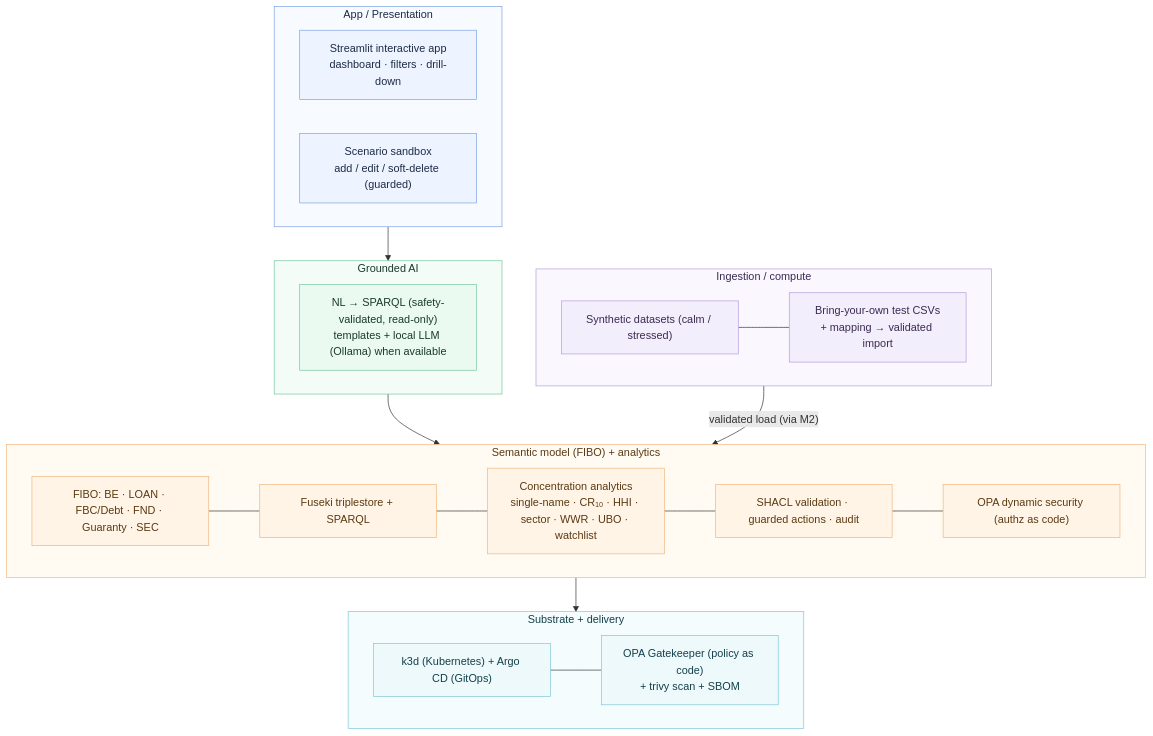
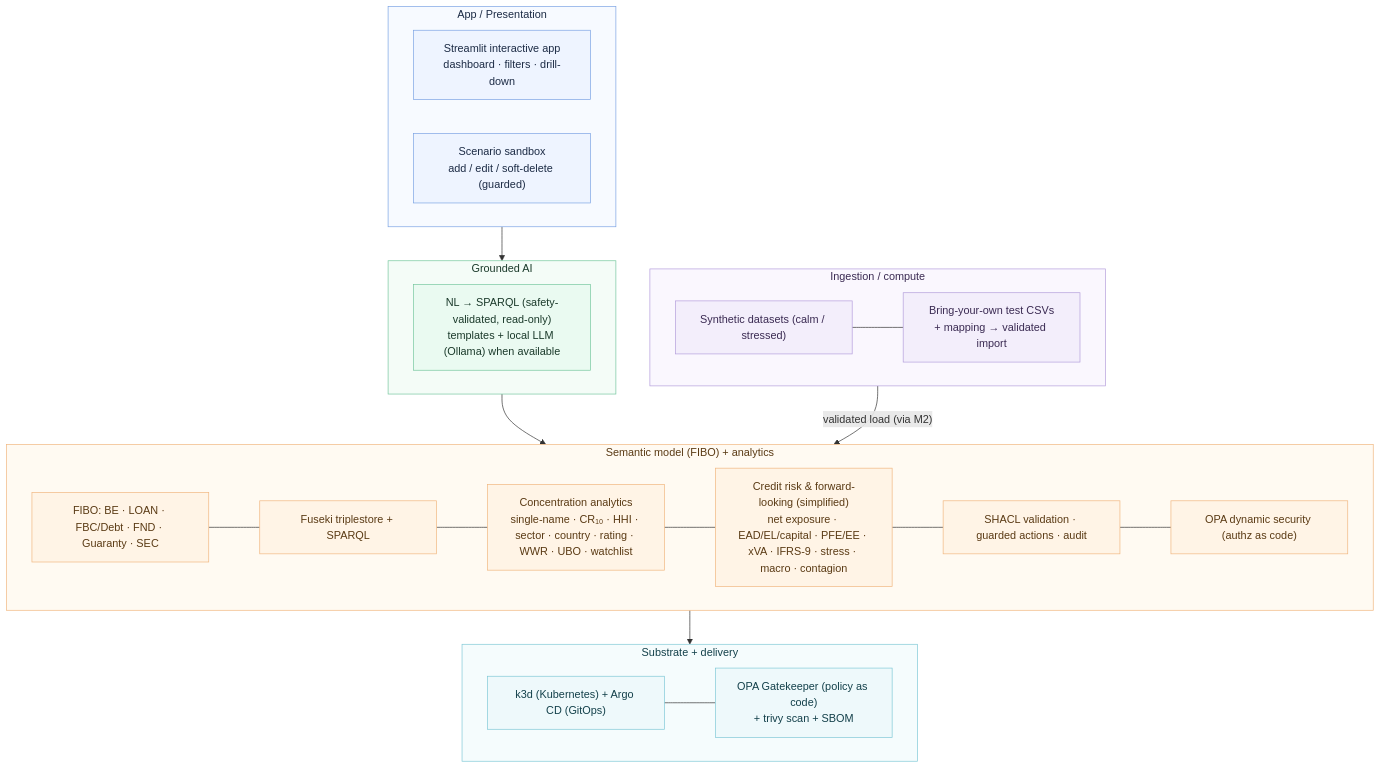
The second of 4 diagrams in docs/architecture.md (jaricsng/counterparty-concentration-lens), drawn with Mermaid before and after one commit. The commit also changed other lines of this file and 11 other files, not shown here.

First line of the commit message:
docs: sync all documentation + diagrams with the code; cut v1.0.0

````diff
--- a/docs/architecture.md
+++ b/docs/architecture.md
@@ -69,48 +69,49 @@
 ```mermaid
 flowchart TB
     subgraph APP["App / Presentation"]
         A1["Streamlit interactive app<br/>dashboard · filters · drill-down"]
         A2["Scenario sandbox<br/>add / edit / soft-delete (guarded)"]
     end
     subgraph AI["Grounded AI"]
         I1["NL → SPARQL (safety-validated, read-only)<br/>templates + local LLM (Ollama) when available"]
     end
     subgraph ONT["Semantic model (FIBO) + analytics"]
         O1["FIBO: BE · LOAN · FBC/Debt · FND · Guaranty · SEC"]
         O2["Fuseki triplestore + SPARQL"]
-        O5["Concentration analytics<br/>single-name · CR₁₀ · HHI · sector · WWR · UBO · watchlist"]
+        O5["Concentration analytics<br/>single-name · CR₁₀ · HHI · sector · country · rating · WWR · UBO · watchlist"]
+        O6["Credit risk & forward-looking (simplified)<br/>net exposure · EAD/EL/capital · PFE/EE · xVA · IFRS-9 · stress · macro · contagion"]
         O3["SHACL validation · guarded actions · audit"]
         O4["OPA dynamic security (authz as code)"]
-        O1 --- O2 --- O5 --- O3 --- O4
+        O1 --- O2 --- O5 --- O6 --- O3 --- O4
     end
     subgraph COMPUTE["Ingestion / compute"]
         C1["Synthetic datasets (calm / stressed)"]
         C2["Bring-your-own test CSVs<br/>+ mapping → validated import"]
         C1 --- C2
     end
     subgraph INFRA["Substrate + delivery"]
         R1["k3d (Kubernetes) + Argo CD (GitOps)"]
         R2["OPA Gatekeeper (policy as code)<br/>+ trivy scan + SBOM"]
         R1 --- R2
     end
 
     APP --> AI --> ONT
     COMPUTE -->|"validated load (via M2)"| ONT
     ONT --> INFRA
 
     classDef app fill:#eef4ff,stroke:#7aa2e3,color:#1c2b45;
     classDef ai fill:#eafaf1,stroke:#74c69d,color:#1b3a2b;
     classDef ont fill:#fff4e6,stroke:#f0b67f,color:#5a3a14;
     classDef compute fill:#f3eefb,stroke:#b39ddb,color:#3a2a52;
     classDef infra fill:#eef9fb,stroke:#7ec8d6,color:#13404a;
     class A1,A2 app;
     class I1 ai;
-    class O1,O2,O3,O4,O5 ont;
+    class O1,O2,O3,O4,O5,O6 ont;
     class C1,C2 compute;
     class R1,R2 infra;
     style APP fill:#f7faff,stroke:#7aa2e3,color:#1c2b45;
     style AI fill:#f4fcf7,stroke:#74c69d,color:#1b3a2b;
     style ONT fill:#fffaf2,stroke:#f0b67f,color:#5a3a14;
     style COMPUTE fill:#faf7fe,stroke:#b39ddb,color:#3a2a52;
     style INFRA fill:#f5fcfd,stroke:#7ec8d6,color:#13404a;
 ```
````
